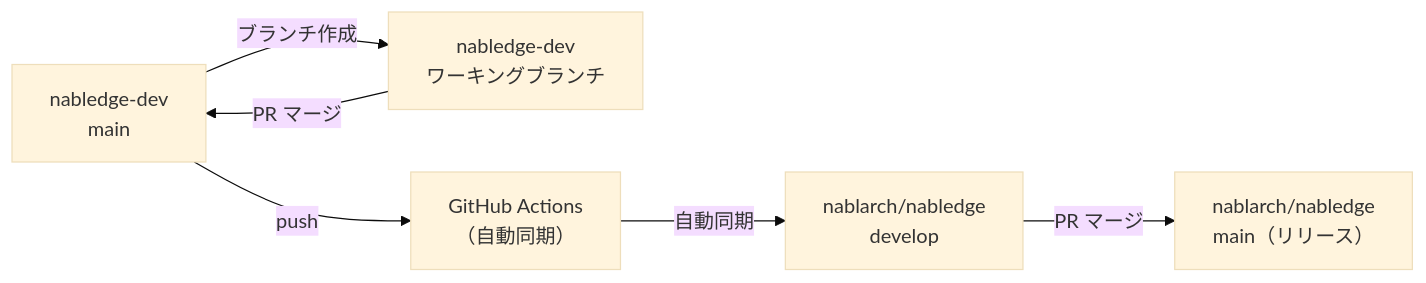
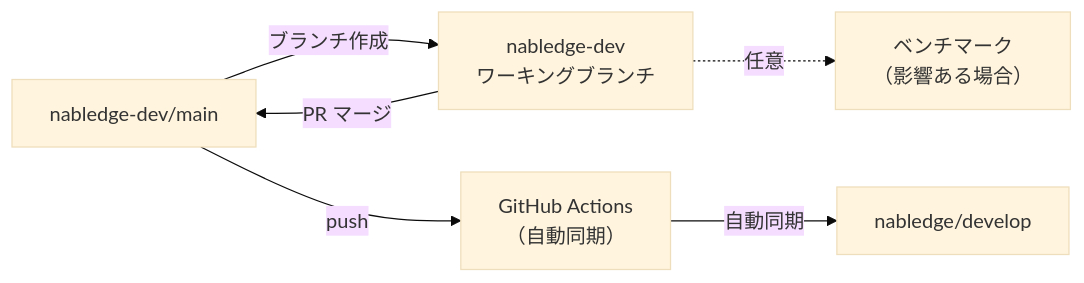
Before and after one commit to nablarch/nabledge-dev: the first of 2 diagrams in README.md, drawn with Mermaid (base theme). The commit also changed other lines of this file and 4 other files, not shown here.

````diff
--- a/README.md
+++ b/README.md
@@ -49,14 +58,14 @@
 ```mermaid
 flowchart LR
-    MAIN["nabledge-dev<br/>main"]
+    MAIN["nabledge-dev/main"]
     WB["nabledge-dev<br/>ワーキングブランチ"]
+    BM["ベンチマーク<br/>（影響ある場合）"]
     GHA["GitHub Actions<br/>（自動同期）"]
-    DEV["nablarch/nabledge<br/>develop"]
-    RELEASE["nablarch/nabledge<br/>main（リリース）"]
+    DEV["nabledge/develop"]
 
     MAIN -->|"ブランチ作成"| WB
+    WB -.->|"任意"| BM
     WB -->|"PR マージ"| MAIN
     MAIN -->|"push"| GHA
     GHA -->|"自動同期"| DEV
-    DEV -->|"PR マージ"| RELEASE
 ```
````
